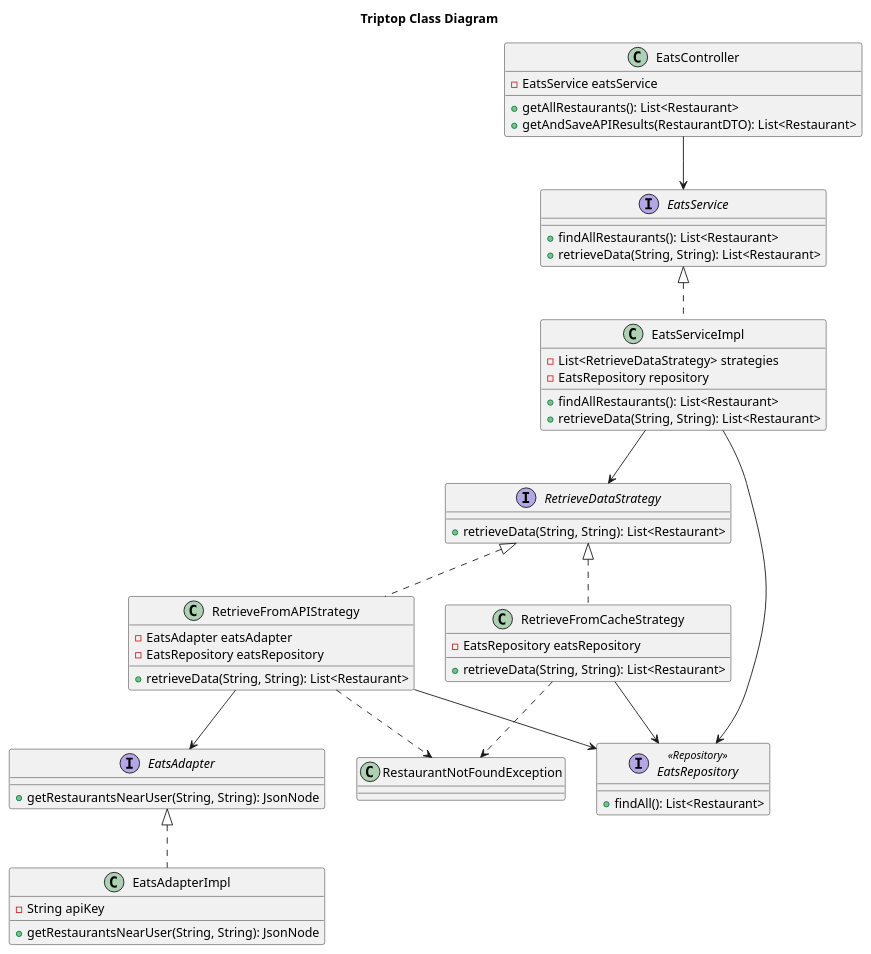
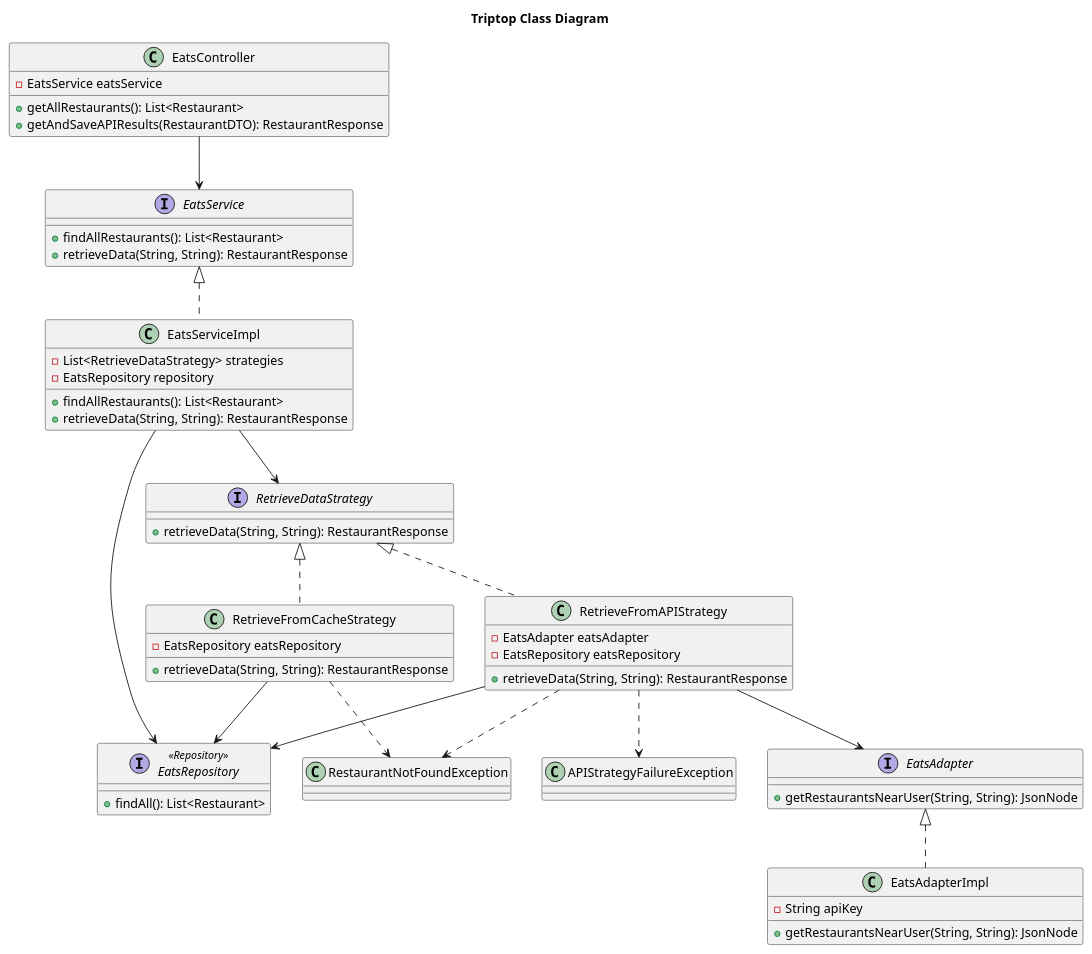
Before and after one commit to AIM-ENE-feb25/triptop-beca: the diagram in backend/src/main/resources/static/verbeterd-code-diagram.puml, drawn with PlantUML. The commit also changed 8 other files, not shown here.

```diff
--- a/backend/src/main/resources/static/verbeterd-code-diagram.puml
+++ b/backend/src/main/resources/static/verbeterd-code-diagram.puml
@@ -1,64 +1,67 @@
 @startuml
 
 title Triptop Class Diagram
 
 class EatsController {
   - EatsService eatsService
   + getAllRestaurants(): List<Restaurant>
-  + getAndSaveAPIResults(RestaurantDTO): List<Restaurant>
+  + getAndSaveAPIResults(RestaurantDTO): RestaurantResponse
 }
 
 interface EatsService {
   + findAllRestaurants(): List<Restaurant>
-  + retrieveData(String, String): List<Restaurant>
+  + retrieveData(String, String): RestaurantResponse
 }
 
 class EatsServiceImpl {
   - List<RetrieveDataStrategy> strategies
   - EatsRepository repository
   + findAllRestaurants(): List<Restaurant>
-  + retrieveData(String, String): List<Restaurant>
+  + retrieveData(String, String): RestaurantResponse
 }
 
 interface RetrieveDataStrategy {
-  + retrieveData(String, String): List<Restaurant>
+  + retrieveData(String, String): RestaurantResponse
 }
 class RetrieveFromAPIStrategy {
   - EatsAdapter eatsAdapter
   - EatsRepository eatsRepository
-  + retrieveData(String, String): List<Restaurant>
+  + retrieveData(String, String): RestaurantResponse
 }
 class RetrieveFromCacheStrategy {
   - EatsRepository eatsRepository
-  + retrieveData(String, String): List<Restaurant>
+  + retrieveData(String, String): RestaurantResponse
 }
 
 interface EatsAdapter {
   + getRestaurantsNearUser(String, String): JsonNode
 }
 class EatsAdapterImpl {
   - String apiKey
   + getRestaurantsNearUser(String, String): JsonNode
 }
 
 interface EatsRepository <<Repository>> {
   + findAll(): List<Restaurant>
 }
 
 class RestaurantNotFoundException
 
+class APIStrategyFailureException
+
 EatsController --> EatsService
 EatsServiceImpl ..up|> EatsService
 EatsServiceImpl --> RetrieveDataStrategy
 RetrieveFromAPIStrategy ..up|> RetrieveDataStrategy
 RetrieveFromCacheStrategy ..up|> RetrieveDataStrategy
 RetrieveFromAPIStrategy --> EatsAdapter
 RetrieveFromAPIStrategy --> EatsRepository
 RetrieveFromCacheStrategy --> EatsRepository
 EatsAdapterImpl ..up|> EatsAdapter
 EatsServiceImpl --> EatsRepository
 
 RetrieveFromAPIStrategy ..> RestaurantNotFoundException
+RetrieveFromAPIStrategy ..> APIStrategyFailureException
 RetrieveFromCacheStrategy ..> RestaurantNotFoundException
 
 @enduml
```
